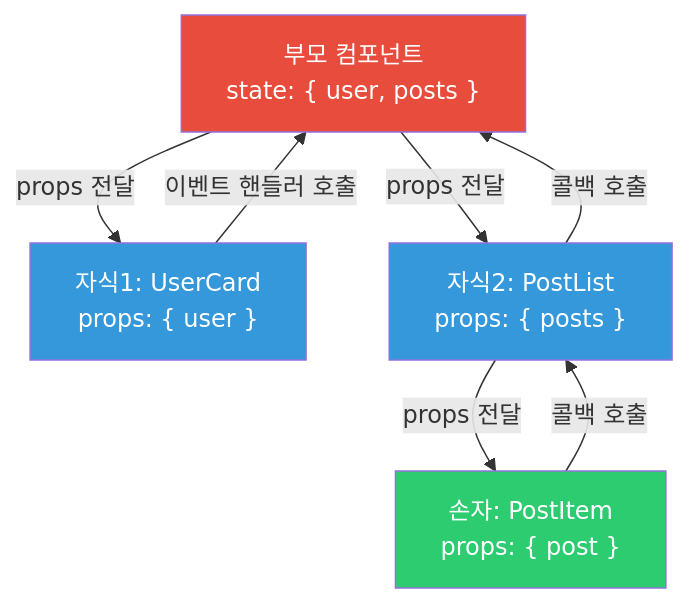
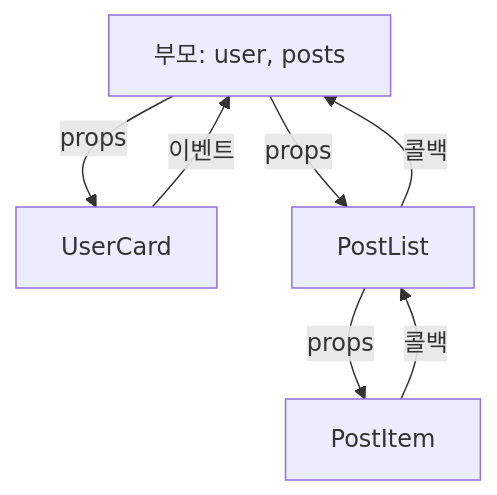
The fourth of 6 diagrams in _posts/frontend/2026-05-02-react-fundamentals.md (yjkim2015/yjkim2015.github.io), drawn with Mermaid before and after one commit. The commit also changed other lines of this file and 215 other files, not shown here.

First line of the commit message:
신규 포스트 10개 추가 + Mermaid 전면 축소 + SystemDesign 시리즈 보강

````diff
--- a/_posts/frontend/2026-05-02-react-fundamentals.md
+++ b/_posts/frontend/2026-05-02-react-fundamentals.md
@@ -222,20 +195,8 @@
 ```mermaid
 graph TD
-    PARENT["부모 컴포넌트<br>state: { user, posts }"]
-    CHILD1["자식1: UserCard<br>props: { user }"]
-    CHILD2["자식2: PostList<br>props: { posts }"]
-    GRANDCHILD["손자: PostItem<br>props: { post }"]
-
-    PARENT -->|"props 전달"| CHILD1
-    PARENT -->|"props 전달"| CHILD2
-    CHILD2 -->|"props 전달"| GRANDCHILD
-
-    CHILD1 -->|"이벤트 핸들러 호출"| PARENT
-    GRANDCHILD -->|"콜백 호출"| CHILD2
-    CHILD2 -->|"콜백 호출"| PARENT
-
-    style PARENT fill:#e74c3c,color:#fff
-    style CHILD1 fill:#3498db,color:#fff
-    style CHILD2 fill:#3498db,color:#fff
-    style GRANDCHILD fill:#2ecc71,color:#fff
+    PARENT["부모: user, posts"] -->|"props"| CHILD1["UserCard"]
+    PARENT -->|"props"| CHILD2["PostList"]
+    CHILD2 -->|"props"| GRANDCHILD["PostItem"]
+    CHILD1 -->|"이벤트"| PARENT
+    GRANDCHILD -->|"콜백"| CHILD2 -->|"콜백"| PARENT
 ```
````
